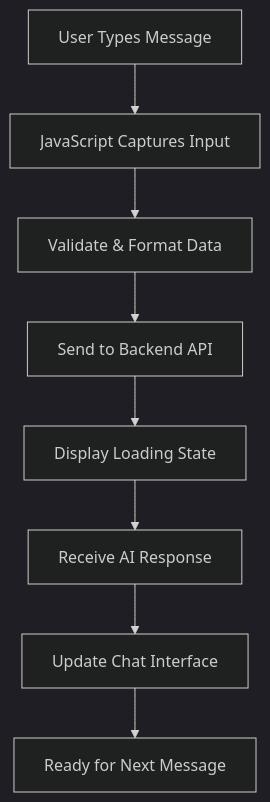
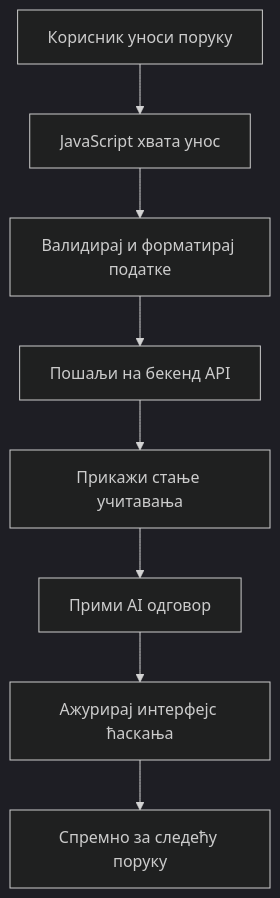
Before and after one commit to microsoft/Web-Dev-For-Beginners: the tenth of 14 diagrams in translations/sr/9-chat-project/README.md, drawn with Mermaid (dark theme). The commit also changed other lines of this file and 99 other files, not shown here.

````diff
--- a/translations/sr/9-chat-project/README.md
+++ b/translations/sr/9-chat-project/README.md
@@ -1012,10 +1304,10 @@
 ```mermaid
 graph TD
-    A[User Types Message] --> B[JavaScript Captures Input]
-    B --> C[Validate & Format Data]
-    C --> D[Send to Backend API]
-    D --> E[Display Loading State]
-    E --> F[Receive AI Response]
-    F --> G[Update Chat Interface]
-    G --> H[Ready for Next Message]
-```
+    A[Корисник уноси поруку] --> B[JavaScript хвата унос]
+    B --> C[Валидирај и форматирај податке]
+    C --> D[Пошаљи на бекенд API]
+    D --> E[Прикажи стање учитавања]
+    E --> F[Прими AI одговор]
+    F --> G[Ажурирај интерфејс ћаскања]
+    G --> H[Спремно за следећу поруку]
+```  
````
